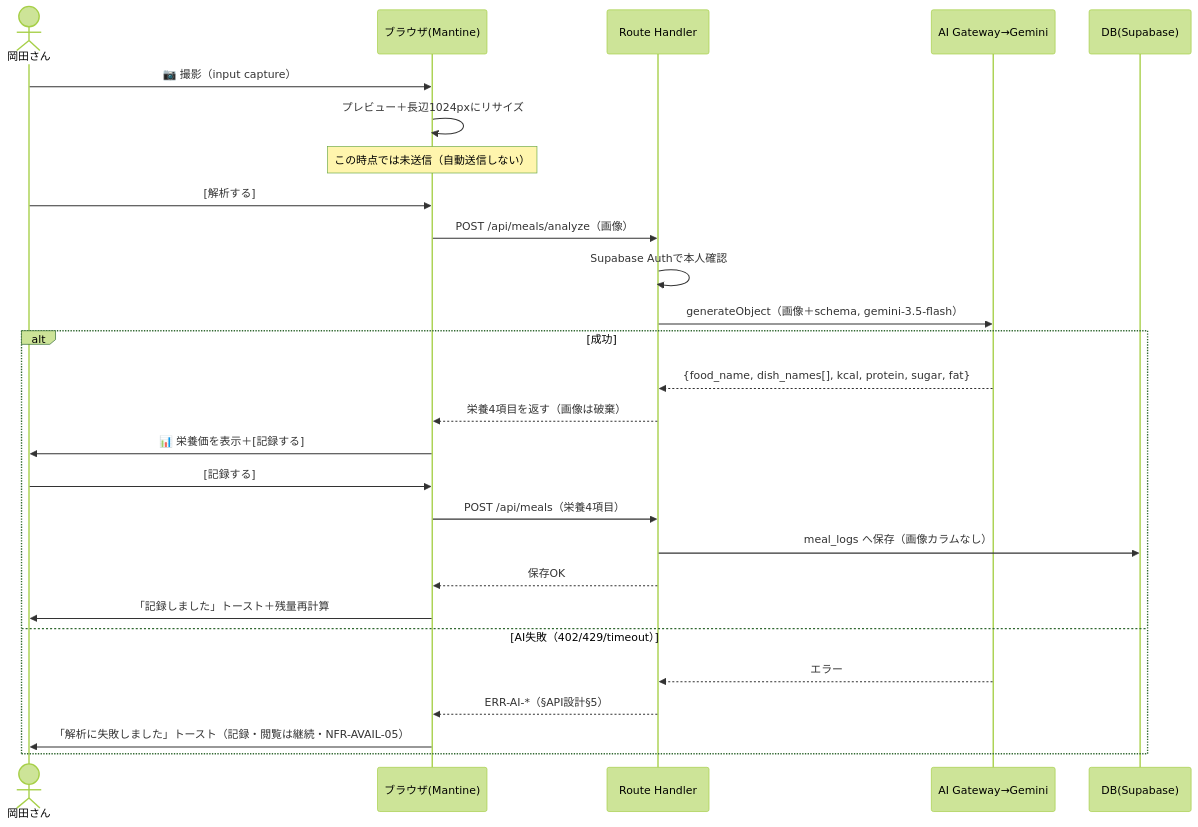
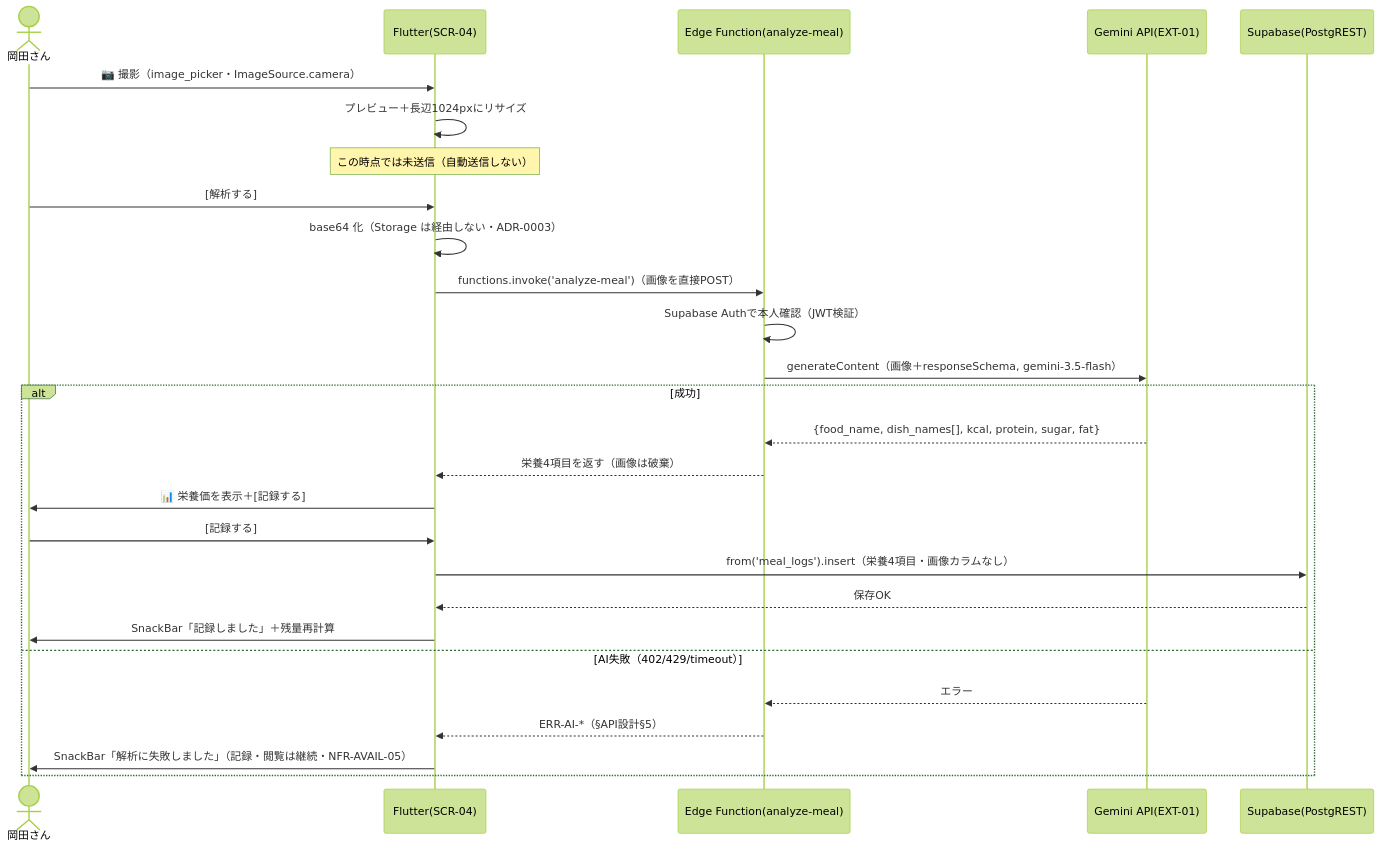
The first of 5 diagrams in docs/02_設計/40_機能設計/01_シーケンス設計.md (k-okada51/okada-fit), drawn with Mermaid (forest theme) before and after one commit. The commit also changed other lines of this file and 37 other files, not shown here.

````diff
--- a/docs/02_設計/40_機能設計/01_シーケンス設計.md
+++ b/docs/02_設計/40_機能設計/01_シーケンス設計.md
@@ -22,30 +23,30 @@
 ```mermaid
 sequenceDiagram
   actor U as 岡田さん
-  participant B as ブラウザ(Mantine)
-  participant S as Route Handler
-  participant G as AI Gateway→Gemini
-  participant D as DB(Supabase)
+  participant F as Flutter(SCR-04)
+  participant E as Edge Function(analyze-meal)
+  participant G as Gemini API(EXT-01)
+  participant P as Supabase(PostgREST)
 
-  U->>B: 📷 撮影（input capture）
-  B->>B: プレビュー＋長辺1024pxにリサイズ
-  Note over B: この時点では未送信（自動送信しない）
-  U->>B: [解析する]
-  B->>S: POST /api/meals/analyze（画像）
-  S->>S: Supabase Authで本人確認
-  S->>G: generateObject（画像＋schema, gemini-3.5-flash）
+  U->>F: 📷 撮影（image_picker・ImageSource.camera）
+  F->>F: プレビュー＋長辺1024pxにリサイズ
+  Note over F: この時点では未送信（自動送信しない）
+  U->>F: [解析する]
+  F->>F: base64 化（Storage は経由しない・ADR-0003）
+  F->>E: functions.invoke('analyze-meal')（画像を直接POST）
+  E->>E: Supabase Authで本人確認（JWT検証）
+  E->>G: generateContent（画像＋responseSchema, gemini-3.5-flash）
   alt 成功
-    G-->>S: {food_name, dish_names[], kcal, protein, sugar, fat}
-    S-->>B: 栄養4項目を返す（画像は破棄）
-    B->>U: 📊 栄養価を表示＋[記録する]
-    U->>B: [記録する]
-    B->>S: POST /api/meals（栄養4項目）
-    S->>D: meal_logs へ保存（画像カラムなし）
-    S-->>B: 保存OK
-    B->>U: 「記録しました」トースト＋残量再計算
+    G-->>E: {food_name, dish_names[], kcal, protein, sugar, fat}
+    E-->>F: 栄養4項目を返す（画像は破棄）
+    F->>U: 📊 栄養価を表示＋[記録する]
+    U->>F: [記録する]
+    F->>P: from('meal_logs').insert（栄養4項目・画像カラムなし）
+    P-->>F: 保存OK
+    F->>U: SnackBar「記録しました」＋残量再計算
   else AI失敗（402/429/timeout）
-    G-->>S: エラー
-    S-->>B: ERR-AI-*（§API設計§5）
-    B->>U: 「解析に失敗しました」トースト（記録・閲覧は継続・NFR-AVAIL-05）
+    G-->>E: エラー
+    E-->>F: ERR-AI-*（§API設計§5）
+    F->>U: SnackBar「解析に失敗しました」（記録・閲覧は継続・NFR-AVAIL-05）
   end
 ```
````
